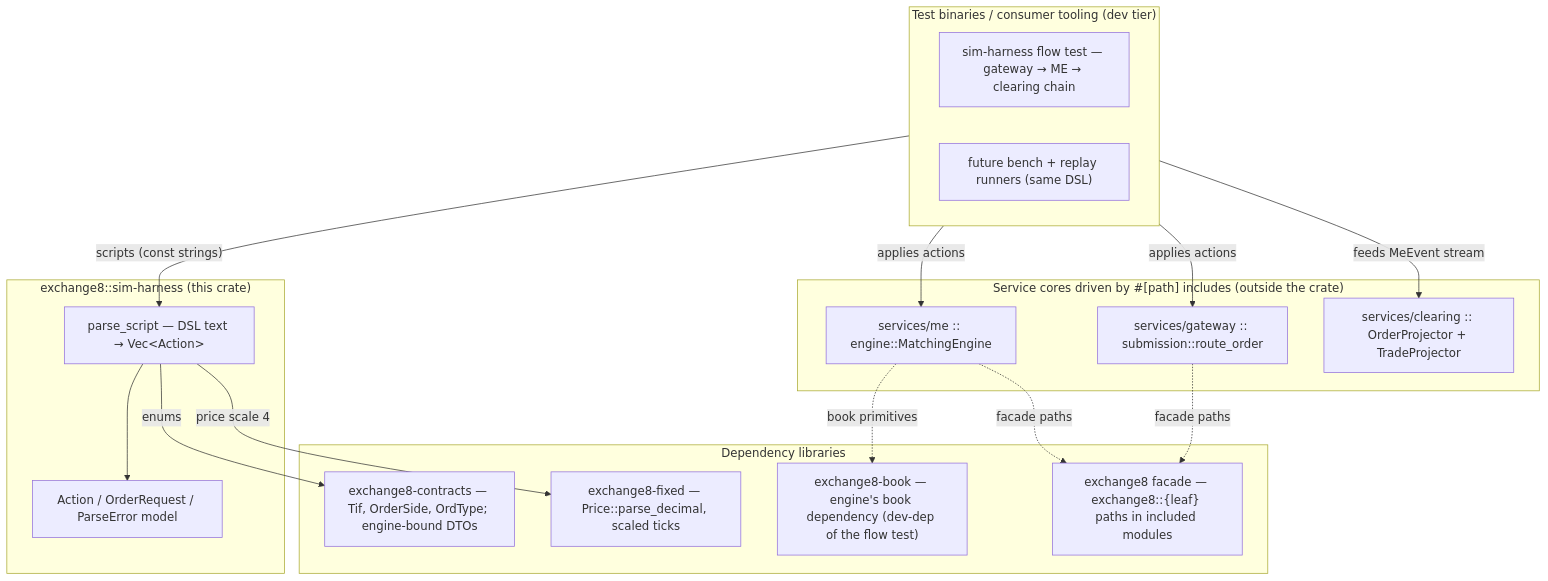
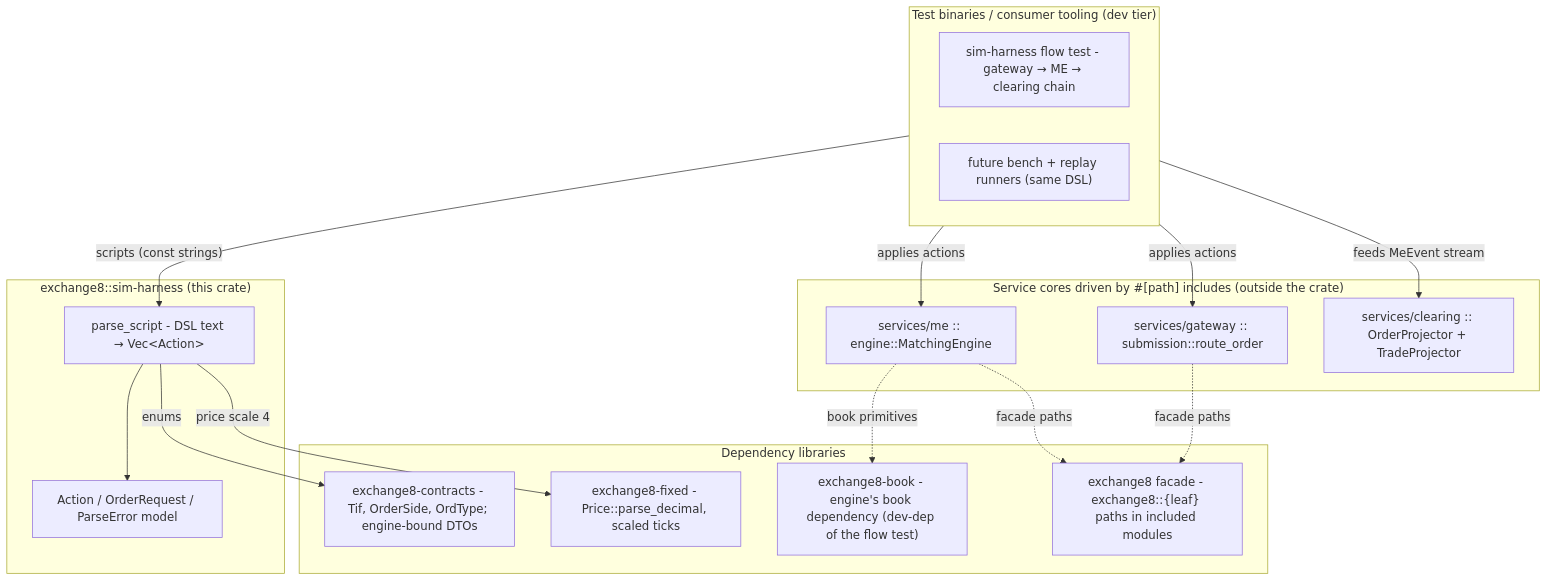
The first of 6 diagrams in crates/sim-harness/DESIGN.md (Exchange8-dev/exchange8-sdk), drawn with Mermaid before and after one commit. The commit also changed other lines of this file and 60 other files, not shown here.

````diff
--- a/crates/sim-harness/DESIGN.md
+++ b/crates/sim-harness/DESIGN.md
@@ -39,36 +39,36 @@
 ```mermaid
 graph TD
     subgraph TESTBIN["Test binaries / consumer tooling (dev tier)"]
-        FLOWT["sim-harness flow test — gateway → ME → clearing chain"]
+        FLOWT["sim-harness flow test - gateway → ME → clearing chain"]
         FUT["future bench + replay runners (same DSL)"]
     end
 
     subgraph CRATE["exchange8::sim-harness (this crate)"]
-        PARSE["parse_script — DSL text → Vec&lt;Action&gt;"]
+        PARSE["parse_script - DSL text → Vec&lt;Action&gt;"]
         MODEL["Action / OrderRequest / ParseError model"]
     end
 
     subgraph SVC["Service cores driven by #[path] includes (outside the crate)"]
         SUB["services/gateway :: submission::route_order"]
         ENG["services/me :: engine::MatchingEngine"]
         PROJ["services/clearing :: OrderProjector + TradeProjector"]
     end
 
     subgraph LIBS["Dependency libraries"]
-        CONTRACTS["exchange8-contracts — Tif, OrderSide, OrdType; engine-bound DTOs"]
-        FIXED["exchange8-fixed — Price::parse_decimal, scaled ticks"]
-        BOOKD["exchange8-book — engine's book dependency (dev-dep of the flow test)"]
-        FACADE["exchange8 facade — exchange8::{leaf} paths in included modules"]
+        CONTRACTS["exchange8-contracts - Tif, OrderSide, OrdType; engine-bound DTOs"]
+        FIXED["exchange8-fixed - Price::parse_decimal, scaled ticks"]
+        BOOKD["exchange8-book - engine's book dependency (dev-dep of the flow test)"]
+        FACADE["exchange8 facade - exchange8::{leaf} paths in included modules"]
     end
 
     TESTBIN -- "scripts (const strings)" --> PARSE
     PARSE --> MODEL
     TESTBIN -- "applies actions" --> SUB
     TESTBIN -- "applies actions" --> ENG
     TESTBIN -- "feeds MeEvent stream" --> PROJ
     PARSE -- "enums" --> CONTRACTS
     PARSE -- "price scale 4" --> FIXED
     ENG -. "book primitives" .-> BOOKD
     SUB -. "facade paths" .-> FACADE
     ENG -. "facade paths" .-> FACADE
 ```
````
